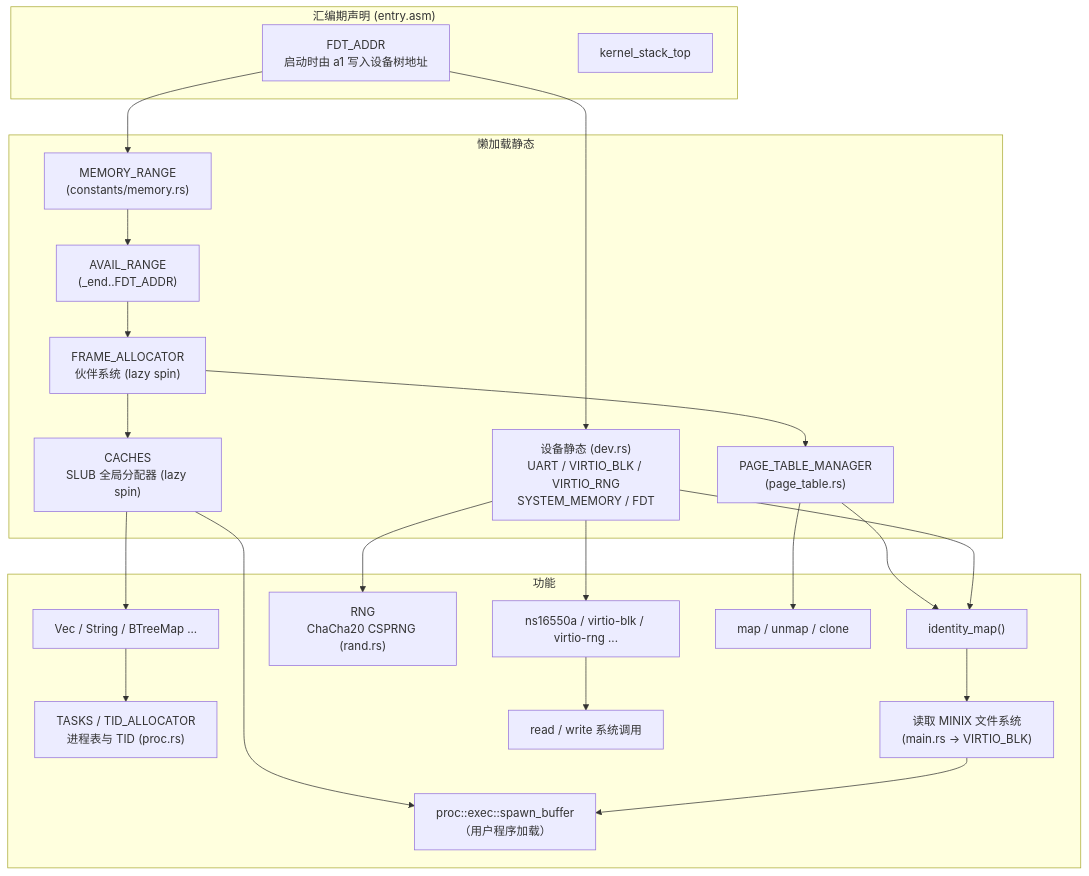
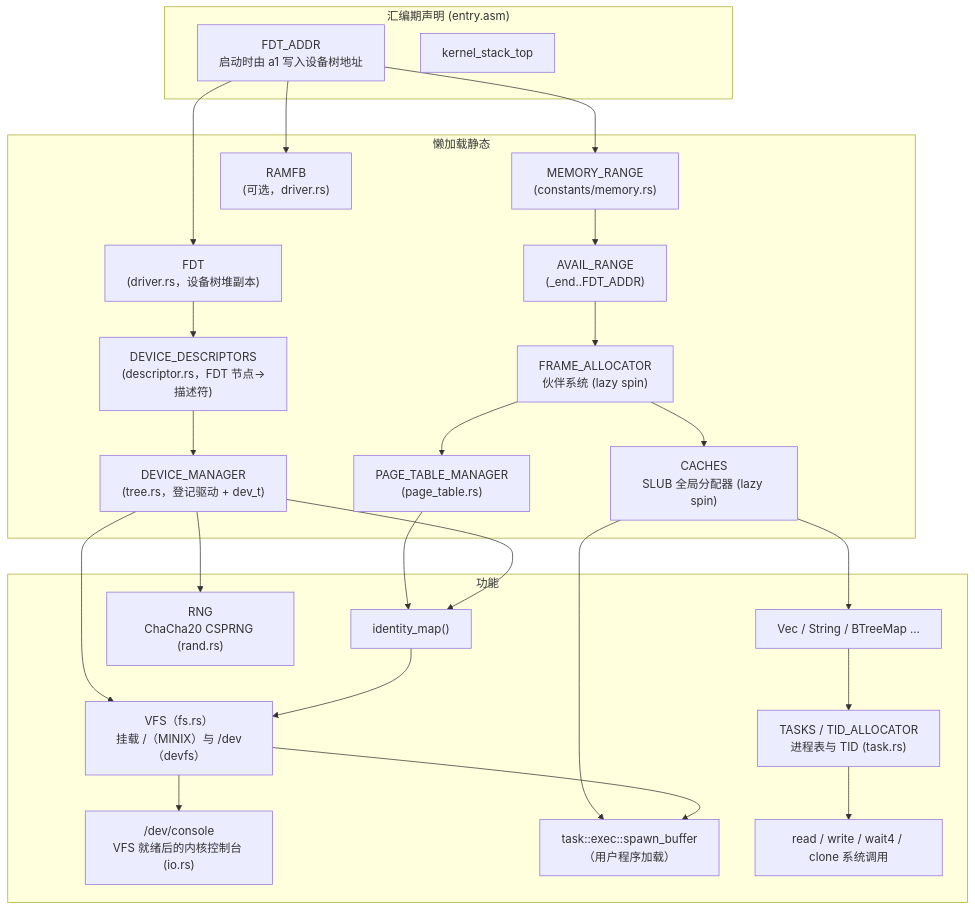
Before and after one commit to NetSalmon/athera: the diagram in README.md, drawn with Mermaid. The commit also changed other lines of this file and 26 other files, not shown here.

````diff
--- a/README.md
+++ b/README.md
@@ -261,30 +274,33 @@
 ```mermaid
 graph TD
     subgraph 汇编期声明["汇编期声明 (entry.asm)"]
         fdt_addr["FDT_ADDR<br/>启动时由 a1 写入设备树地址"]
         kernel_stack["kernel_stack_top"]
     end
 
     subgraph 懒加载静态
         fdt_addr --> memory_range["MEMORY_RANGE<br/>(constants/memory.rs)"]
-        fdt_addr --> dev["设备静态 (dev.rs)<br/>UART / VIRTIO_BLK / VIRTIO_RNG<br/>SYSTEM_MEMORY / FDT"]
+        fdt_addr --> fdt["FDT<br/>(driver.rs，设备树堆副本)"]
+        fdt --> dev_desc["DEVICE_DESCRIPTORS<br/>(descriptor.rs，FDT 节点→描述符)"]
+        dev_desc --> dev_mgr["DEVICE_MANAGER<br/>(tree.rs，登记驱动 + dev_t)"]
         memory_range --> avail_range["AVAIL_RANGE<br/>(_end..FDT_ADDR)"]
         avail_range --> frame_allocator["FRAME_ALLOCATOR<br/>伙伴系统 (lazy spin)"]
         frame_allocator --> page_table_mgr["PAGE_TABLE_MANAGER<br/>(page_table.rs)"]
         frame_allocator --> caches["CACHES<br/>SLUB 全局分配器 (lazy spin)"]
+        fdt_addr --> ramfb["RAMFB<br/>(可选，driver.rs)"]
     end
 
     subgraph 功能
         caches --> alloc_structs["Vec / String / BTreeMap ..."]
-        alloc_structs --> tasks["TASKS / TID_ALLOCATOR<br/>进程表与 TID (proc.rs)"]
-        dev --> device["ns16550a / virtio-blk / virtio-rng ..."]
-        dev --> rng["RNG<br/>ChaCha20 CSPRNG (rand.rs)"]
+        alloc_structs --> tasks["TASKS / TID_ALLOCATOR<br/>进程表与 TID (task.rs)"]
+        dev_mgr --> vfs["VFS（fs.rs）<br/>挂载 /（MINIX）与 /dev（devfs）"]
+        vfs --> console["/dev/console<br/>VFS 就绪后的内核控制台 (io.rs)"]
+        dev_mgr --> rng["RNG<br/>ChaCha20 CSPRNG (rand.rs)"]
         page_table_mgr --> identity_map["identity_map()"]
-        dev --> identity_map
-        identity_map --> minix_fs["读取 MINIX 文件系统<br/>(main.rs → VIRTIO_BLK)"]
-        page_table_mgr --> map["map / unmap / clone"]
-        caches --> exec["proc::exec::spawn_buffer<br/>（用户程序加载）"]
-        minix_fs --> exec
-        device --> syscall["read / write 系统调用"]
+        dev_mgr --> identity_map
+        identity_map --> vfs
+        caches --> exec["task::exec::spawn_buffer<br/>（用户程序加载）"]
+        vfs --> exec
+        tasks --> syscall["read / write / wait4 / clone 系统调用"]
     end
 ```
````
